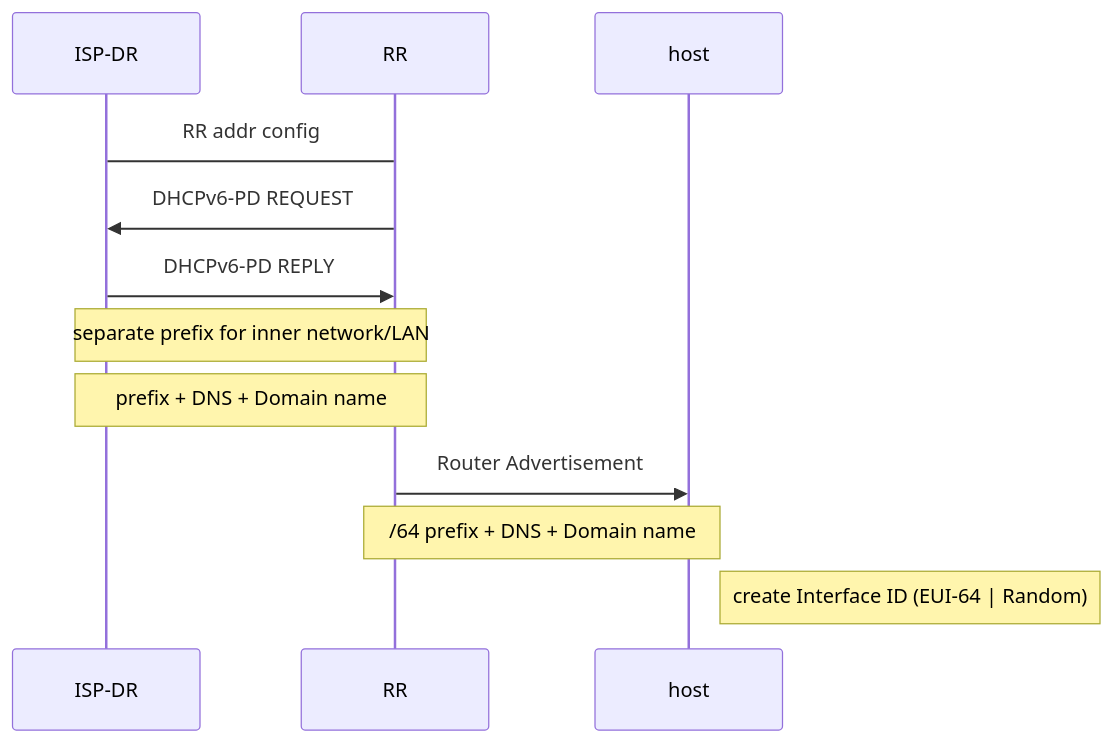
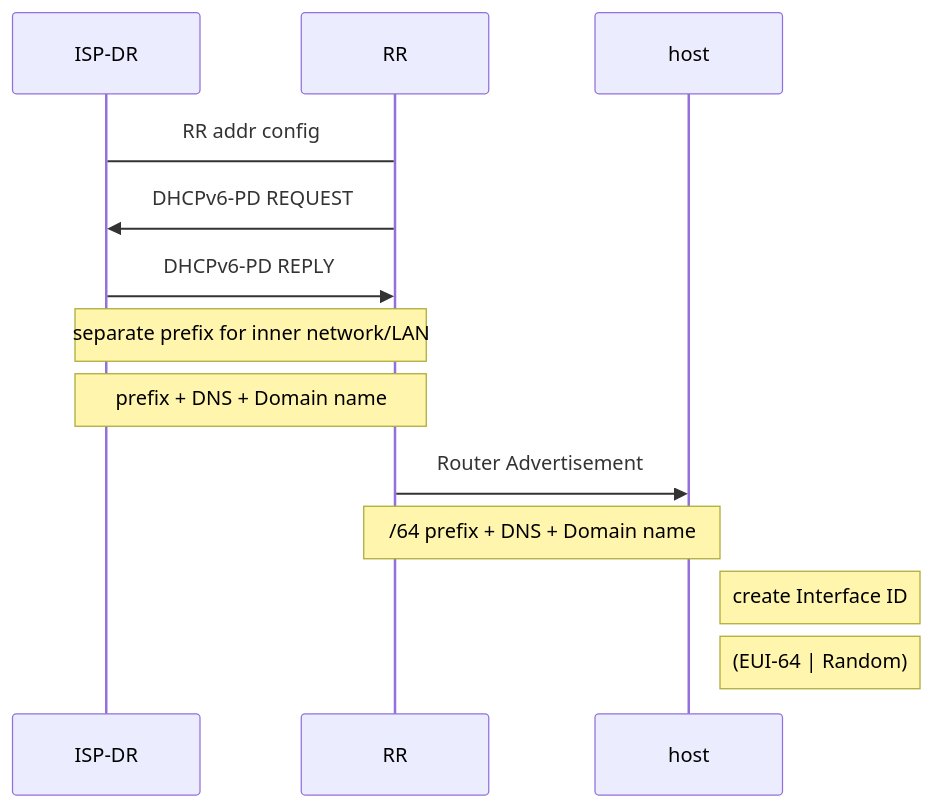
Before and after one commit to 77Dice/PND_Notes: the third of 3 diagrams in IPv6/[2]IPv6 ICMPv6 + NDP + Dyn addr config.md, drawn with Mermaid. The commit also changed other lines of this file, not shown here.

````diff
--- a/IPv6/[2]IPv6 ICMPv6 + NDP + Dyn addr config.md
+++ b/IPv6/[2]IPv6 ICMPv6 + NDP + Dyn addr config.md
@@ -180,11 +188,12 @@
 ```mermaid
 sequenceDiagram
 	ISP-DR->RR : RR addr config
 	RR->>ISP-DR : DHCPv6-PD  REQUEST
     ISP-DR->>RR : DHCPv6-PD REPLY
     note over ISP-DR,RR : separate prefix for inner network/LAN
     note over ISP-DR,RR : prefix + DNS + Domain name
     RR->>host : Router Advertisement           
     note over RR,host : /64 prefix + DNS + Domain name
-    note right of host : create Interface ID (EUI-64 | Random)
+    note right of host : create Interface ID
+	note right of host :  (EUI-64 | Random)
 ```
````
